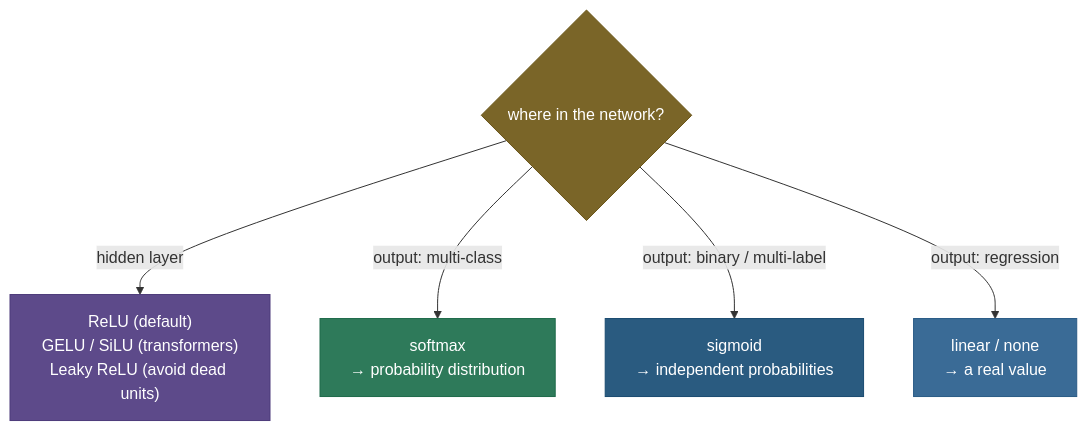
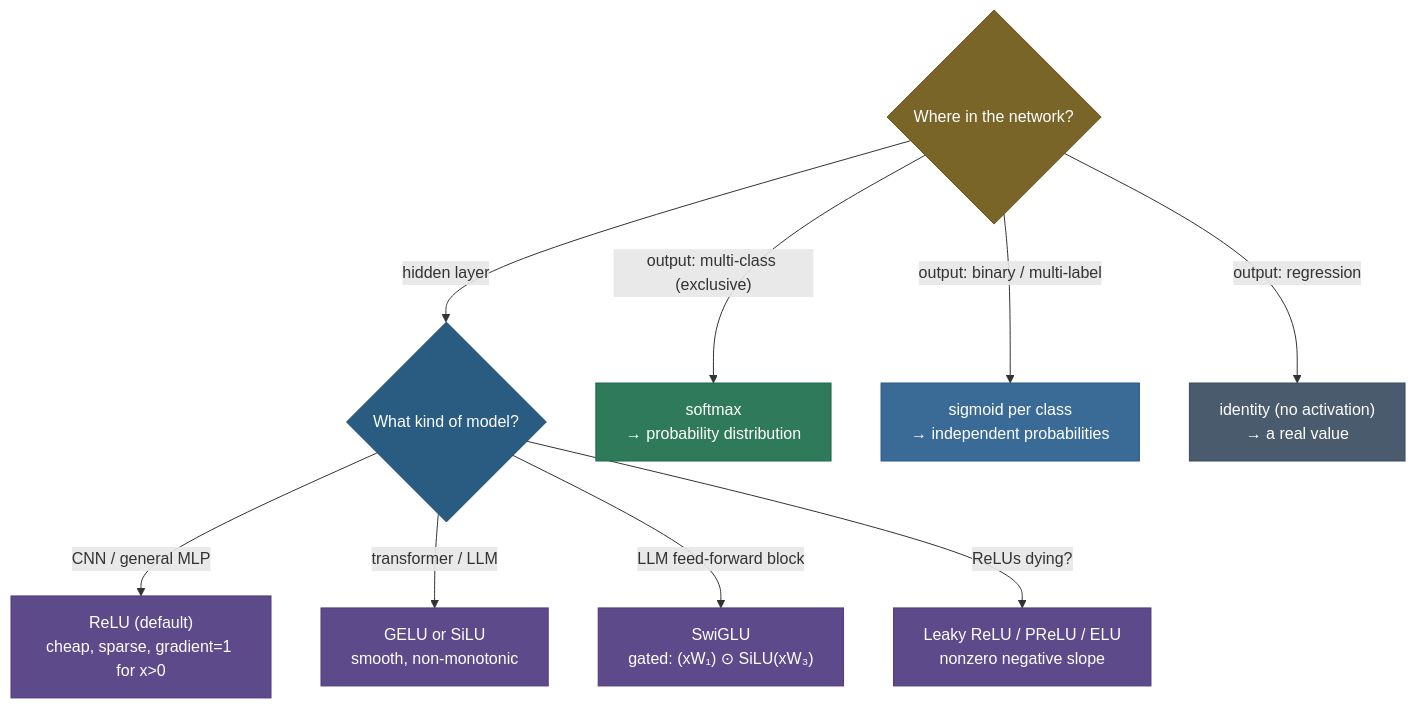
The first of 2 diagrams in 05. Deep_Learning/concepts/03-Activation-Functions.md (sudhir13s/AI-ML-learning-resources), drawn with Mermaid before and after one commit. The commit also changed other lines of this file and 7 other files, not shown here.

````diff
--- a/05. Deep_Learning/concepts/03-Activation-Functions.md
+++ b/05. Deep_Learning/concepts/03-Activation-Functions.md
@@ -105,14 +293,19 @@
 ```mermaid
 graph TD
-    Q{"where in the network?"}:::amber
-    Q -->|"hidden layer"| H["ReLU (default)<br/>GELU / SiLU (transformers)<br/>Leaky ReLU (avoid dead units)"]:::process
-    Q -->|"output: multi-class"| S["softmax<br/>→ probability distribution"]:::out
-    Q -->|"output: binary / multi-label"| B["sigmoid<br/>→ independent probabilities"]:::navy
-    Q -->|"output: regression"| L["linear / none<br/>→ a real value"]:::data
+    Q{"Where in the network?"}:::amber
+    Q -->|"hidden layer"| H{"What kind of model?"}:::navy
+    H -->|"CNN / general MLP"| RELU["ReLU (default)<br/>cheap, sparse, gradient=1 for x>0"]:::process
+    H -->|"transformer / LLM"| GELU["GELU or SiLU<br/>smooth, non-monotonic"]:::process
+    H -->|"LLM feed-forward block"| SWIGLU["SwiGLU<br/>gated: (xW₁) ⊙ SiLU(xW₃)"]:::process
+    H -->|"ReLUs dying?"| LEAKY["Leaky ReLU / PReLU / ELU<br/>nonzero negative slope"]:::process
+    Q -->|"output: multi-class (exclusive)"| S["softmax<br/>→ probability distribution"]:::out
+    Q -->|"output: binary / multi-label"| B["sigmoid per class<br/>→ independent probabilities"]:::data
+    Q -->|"output: regression"| L["identity (no activation)<br/>→ a real value"]:::frozen
 
     classDef amber fill:#7A6528,stroke:#6A5518,color:#fff
+    classDef navy fill:#2A5B80,stroke:#1A4B70,color:#fff
     classDef process fill:#5D4A8A,stroke:#4D3A7A,color:#fff
     classDef out fill:#2E7A5A,stroke:#1E6A4A,color:#fff
-    classDef navy fill:#2A5B80,stroke:#1A4B70,color:#fff
     classDef data fill:#3A6B96,stroke:#2A5B86,color:#fff
+    classDef frozen fill:#4A5B6E,stroke:#3A4B5E,color:#fff
 ```
````
